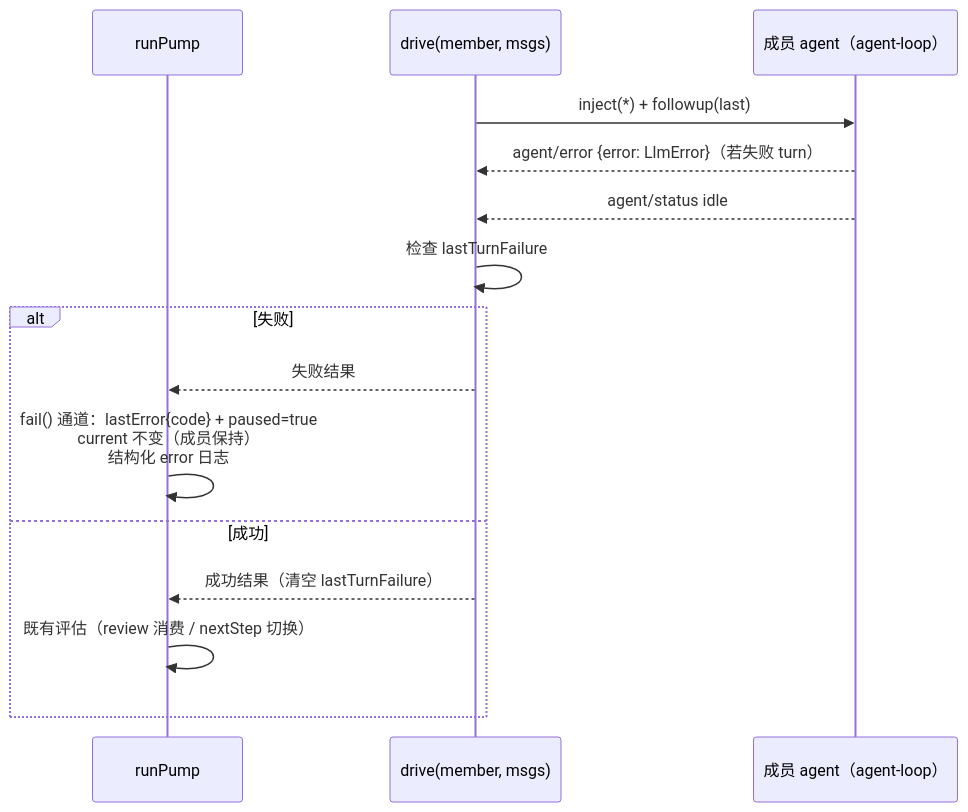
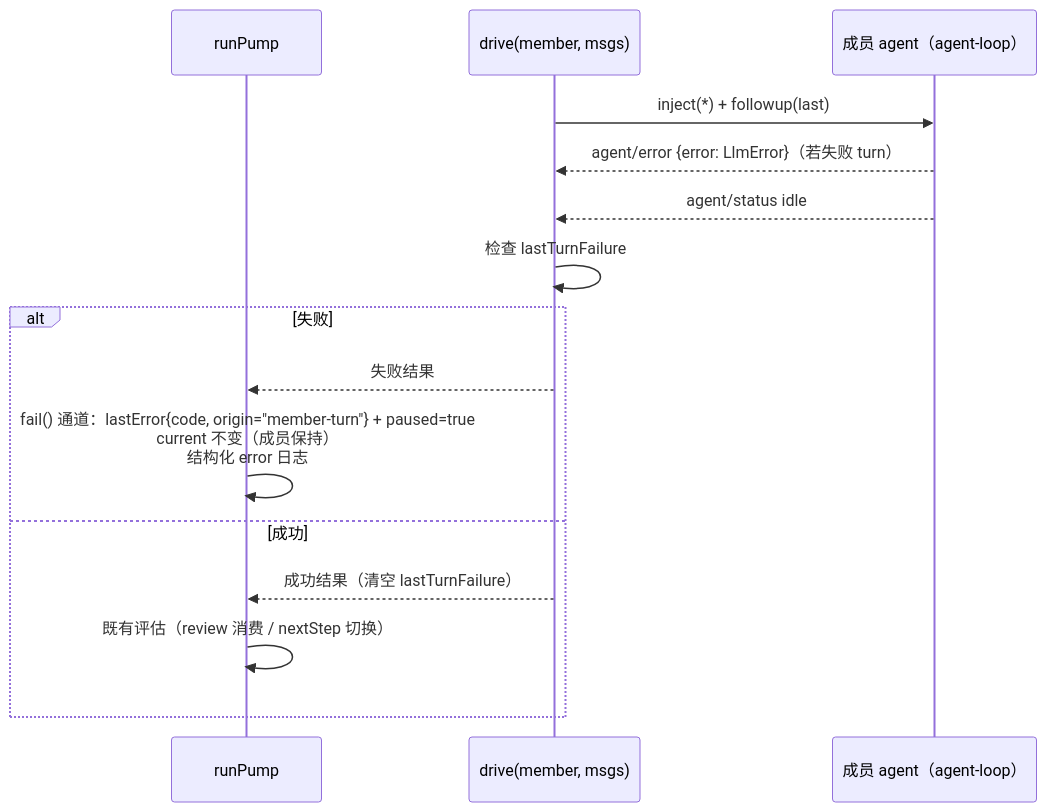
The diagram in specs/063-llm-reliability-opencode-go/contracts/orchestrator-turn-outcome.md (LiuKexin255/dominion), drawn with Mermaid before and after one commit. The commit also changed other lines of this file and 8 other files, not shown here.

Commit message:
063 phase 4 补充: T011a 流收束判别——OrchestratorFailureOrigin(origin=member-turn/orchestration) 显式编码两个失败进入点、session 静止点按 origin 二分收束（member-turn 干净 EOF+turn_end ERROR 帧在场 / orchestration 保持 INTERNAL 防伪装）、契约与 data-model 同步修订、session 单测新增干净收束用例；修复 T023 首跑 4 用例同根因失败，saolei-loop 63/agent_v2 128 用例全绿

````diff
--- a/specs/063-llm-reliability-opencode-go/contracts/orchestrator-turn-outcome.md
+++ b/specs/063-llm-reliability-opencode-go/contracts/orchestrator-turn-outcome.md
@@ -29,17 +29,17 @@
 ```mermaid
 sequenceDiagram
     participant P as runPump
     participant D as drive(member, msgs)
     participant A as 成员 agent（agent-loop）
     D->>A: inject(*) + followup(last)
     A-->>D: agent/error {error: LlmError}（若失败 turn）
     A-->>D: agent/status idle
     D->>D: 检查 lastTurnFailure
     alt 失败
         D-->>P: 失败结果
-        P->>P: fail() 通道：lastError{code} + paused=true<br/>current 不变（成员保持）<br/>结构化 error 日志
+        P->>P: fail() 通道：lastError{code, origin="member-turn"} + paused=true<br/>current 不变（成员保持）<br/>结构化 error 日志
     else 成功
         D-->>P: 成功结果（清空 lastTurnFailure）
         P->>P: 既有评估（review 消费 / nextStep 切换）
     end
 ```
````
